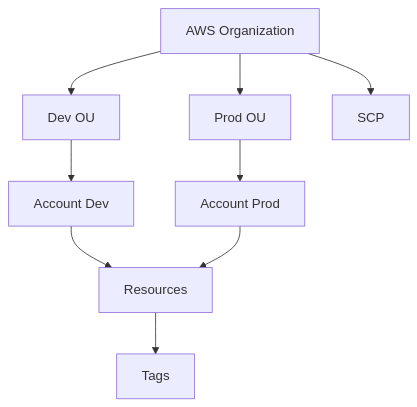
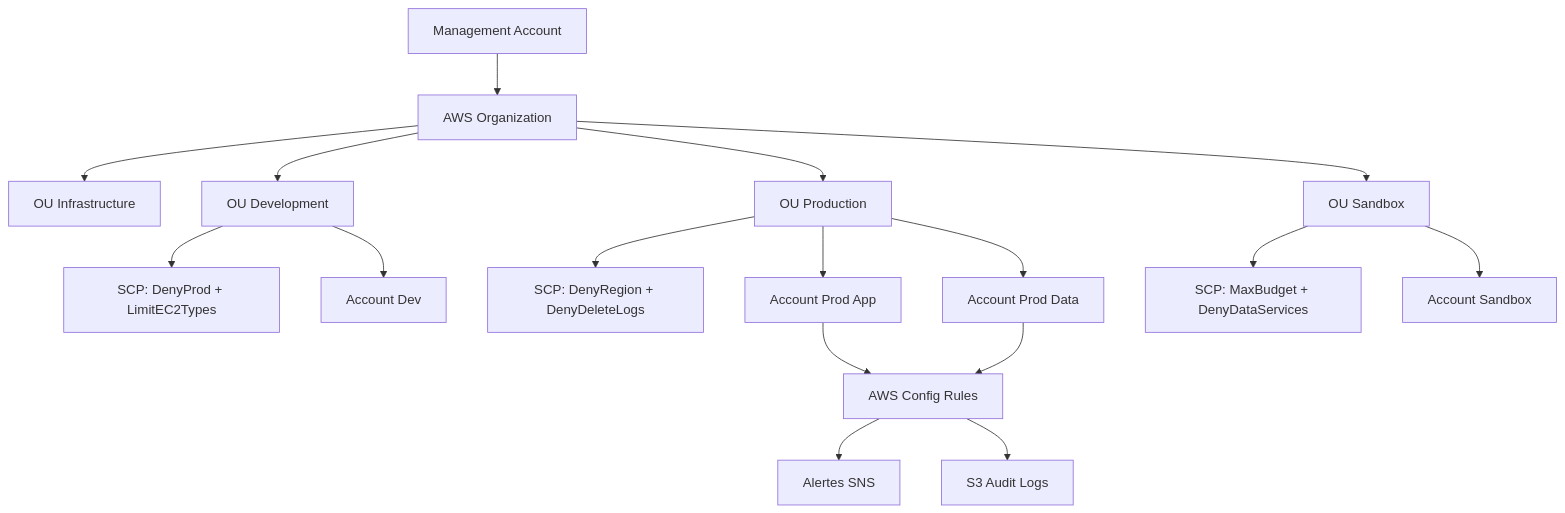
Before and after one commit to Gooseppr/GevOps_LC: the diagram in courses/cloud-aws/aws_module_24_governance.md, drawn with Mermaid. The commit also changed other lines of this file and 23 other files, not shown here.

````diff
--- a/courses/cloud-aws/aws_module_24_governance.md
+++ b/courses/cloud-aws/aws_module_24_governance.md
@@ -53,11 +57,22 @@
 ```mermaid
 graph TD
-Org[AWS Organization] --> OU1[Dev OU]
-Org --> OU2[Prod OU]
-OU1 --> Acc1[Account Dev]
-OU2 --> Acc2[Account Prod]
-Org --> SCP
-Acc1 --> Resources
-Acc2 --> Resources
-Resources --> Tags
+    Master[Management Account] --> Org[AWS Organization]
+    Org --> OU_Infra[OU Infrastructure]
+    Org --> OU_Dev[OU Development]
+    Org --> OU_Prod[OU Production]
+    Org --> OU_Sandbox[OU Sandbox]
+
+    OU_Prod --> SCP_Prod[SCP: DenyRegion + DenyDeleteLogs]
+    OU_Dev --> SCP_Dev[SCP: DenyProd + LimitEC2Types]
+    OU_Sandbox --> SCP_Sand[SCP: MaxBudget + DenyDataServices]
+
+    OU_Prod --> Acc_Prod1[Account Prod App]
+    OU_Prod --> Acc_Prod2[Account Prod Data]
+    OU_Dev --> Acc_Dev[Account Dev]
+    OU_Sandbox --> Acc_Sand[Account Sandbox]
+
+    Acc_Prod1 --> Config[AWS Config Rules]
+    Acc_Prod2 --> Config
+    Config --> SNS[Alertes SNS]
+    Config --> S3_Logs[S3 Audit Logs]
 ```
````
